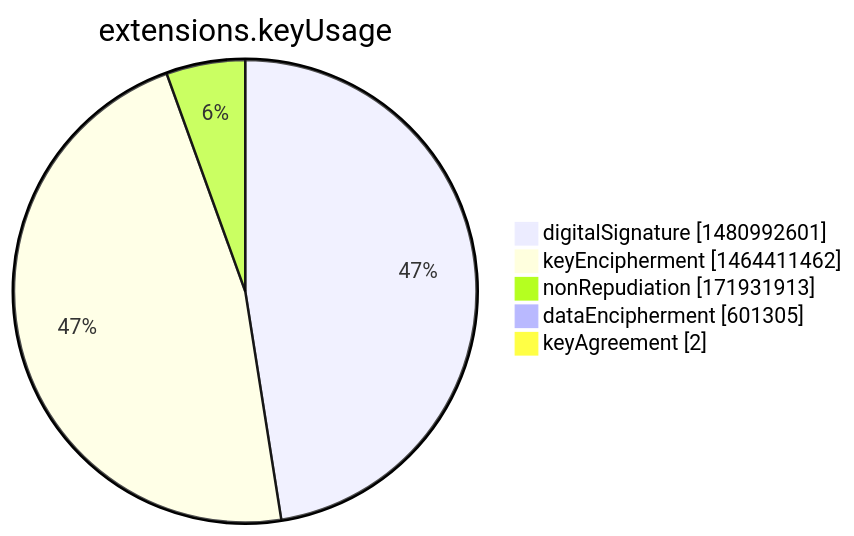
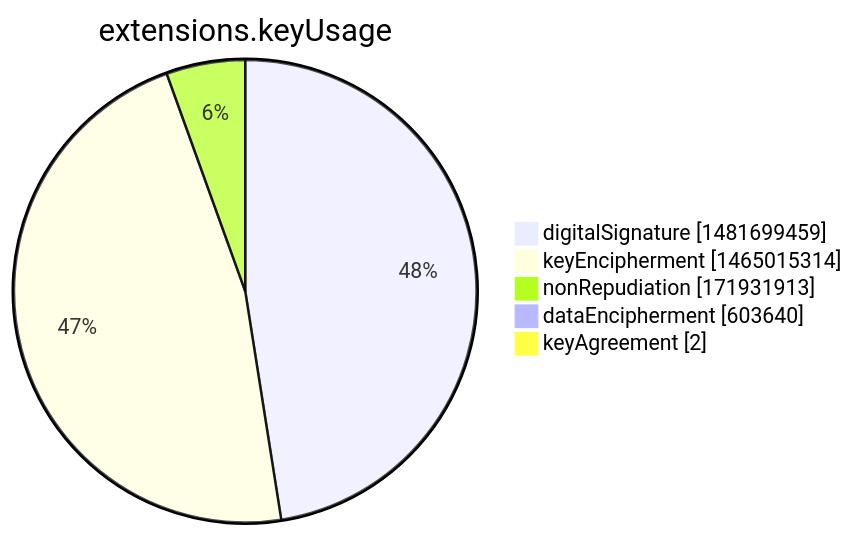
One commit to christiankrug/ctmonitor_visualization changed the seventh of 15 diagrams in argon2022/README.md. Above: the diagram before and after it, drawn with Mermaid. The commit also changed other lines of this file, not shown here.

````diff
--- a/argon2022/README.md
+++ b/argon2022/README.md
@@ -2751,9 +2751,9 @@
 ```mermaid
 pie showData
 title extensions.keyUsage
-"digitalSignature" :1480992601
-"keyEncipherment" :1464411462
+"digitalSignature" :1481699459
+"keyEncipherment" :1465015314
 "nonRepudiation" :171931913
-"dataEncipherment" :601305
+"dataEncipherment" :603640
 "keyAgreement" :2
 ```
````
